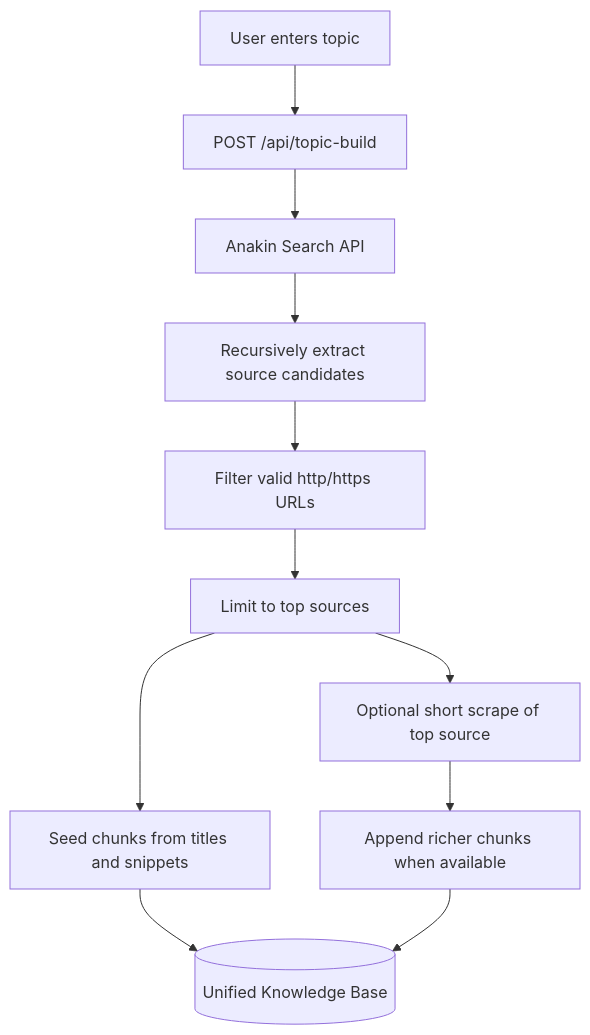
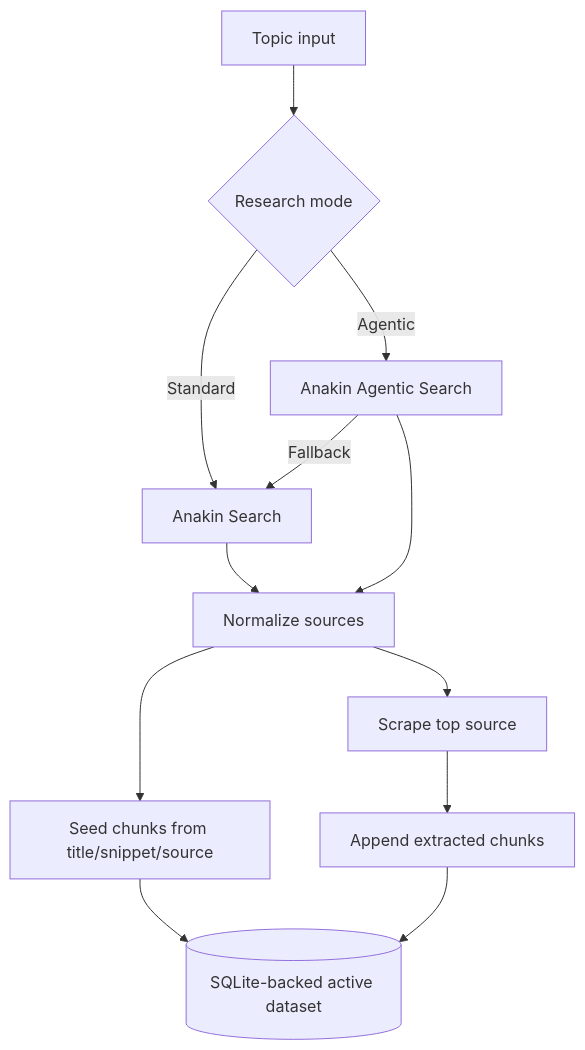
The third of 4 diagrams in docs/system-design.md (gaganakumarm/Web2Knowledge), drawn with Mermaid before and after one commit. The commit also changed other lines of this file and 10 other files, not shown here.

````diff
--- a/docs/system-design.md
+++ b/docs/system-design.md
@@ -276,13 +331,14 @@
 ```mermaid
 flowchart TD
-  A[User enters topic] --> B[POST /api/topic-build]
-  B --> C[Anakin Search API]
-  C --> D[Recursively extract source candidates]
-  D --> E[Filter valid http/https URLs]
-  E --> F[Limit to top sources]
-  F --> G[Seed chunks from titles and snippets]
-  F --> H[Optional short scrape of top source]
-  H --> I[Append richer chunks when available]
-  G --> J[(Unified Knowledge Base)]
-  I --> J
+  A[Topic input] --> B{Research mode}
+  B -->|Standard| C[Anakin Search]
+  B -->|Agentic| D[Anakin Agentic Search]
+  D -->|Fallback| C
+  C --> E[Normalize sources]
+  D --> E
+  E --> F[Seed chunks from title/snippet/source]
+  E --> G[Scrape top source]
+  G --> H[Append extracted chunks]
+  F --> I[(SQLite-backed active dataset)]
+  H --> I
 ```
````
